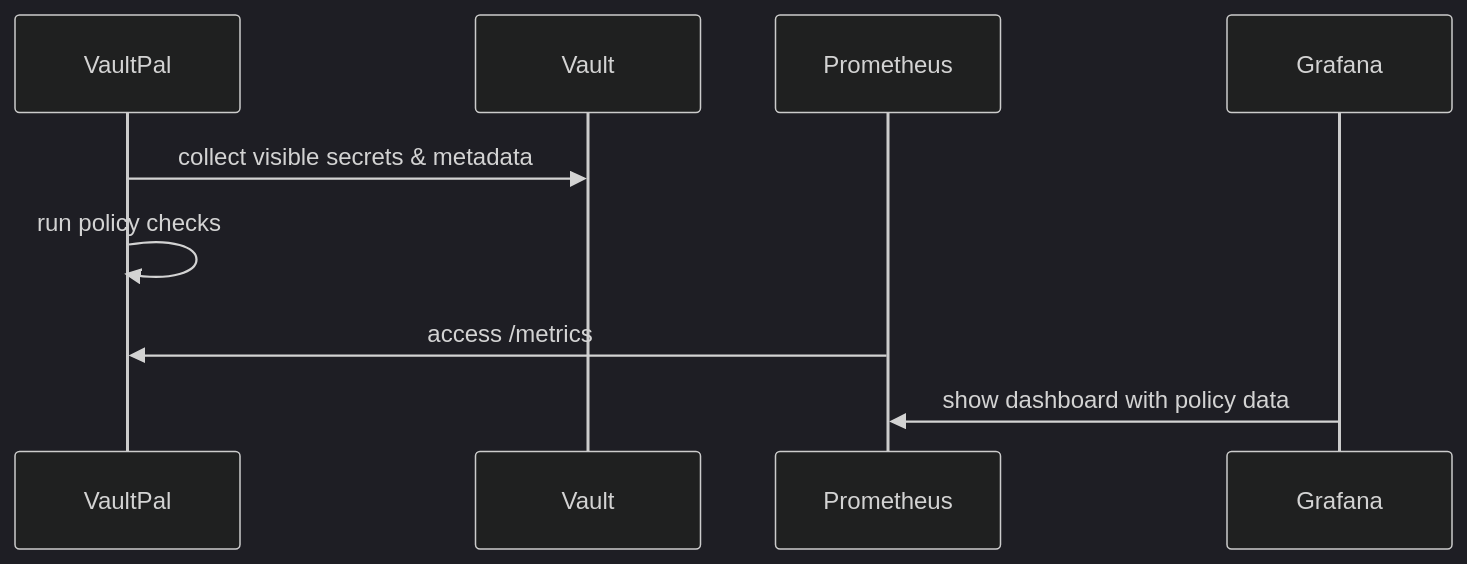
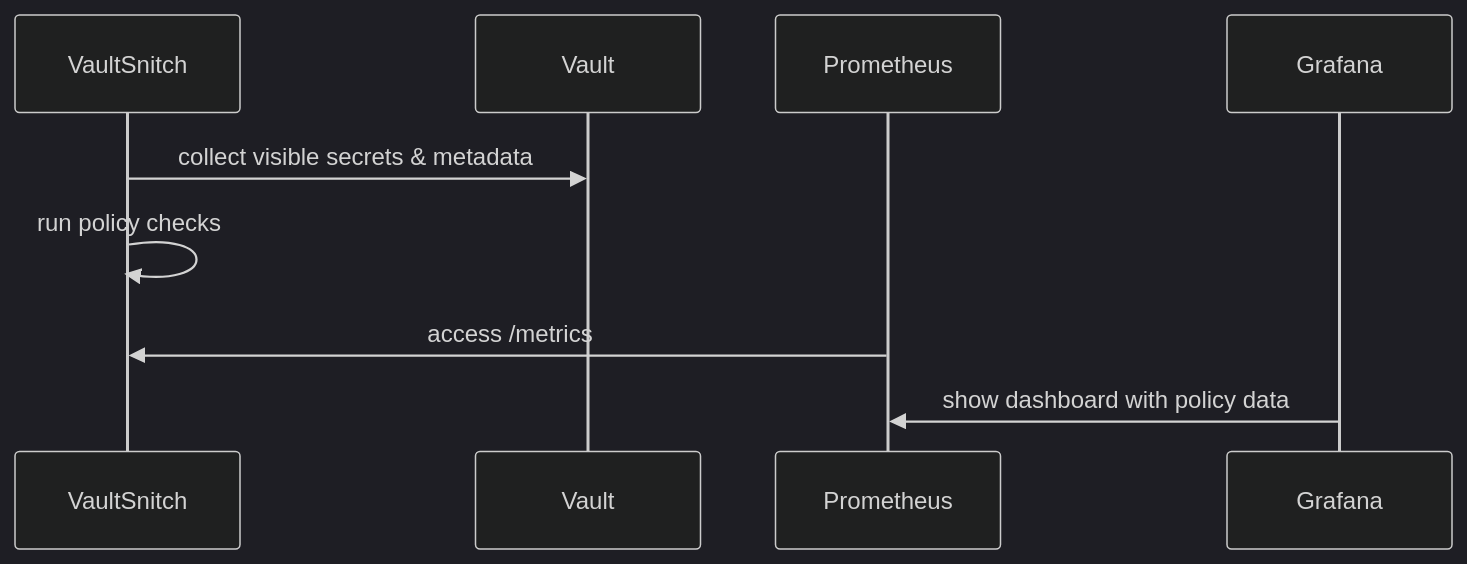
One commit to tastybug/vaultsnitch changed the diagram in README.md. Above: the diagram before and after it, drawn with Mermaid (dark theme). The commit also changed other lines of this file, not shown here.

````diff
--- a/README.md
+++ b/README.md
@@ -5,7 +5,7 @@
 ```mermaid
 sequenceDiagram
-    VaultPal->>Vault: collect visible secrets & metadata
-    VaultPal->>VaultPal: run policy checks
-    Prometheus->>VaultPal: access /metrics
+    VaultSnitch->>Vault: collect visible secrets & metadata
+    VaultSnitch->>VaultSnitch: run policy checks
+    Prometheus->>VaultSnitch: access /metrics
     Grafana->>Prometheus: show dashboard with policy data
 ```
````
